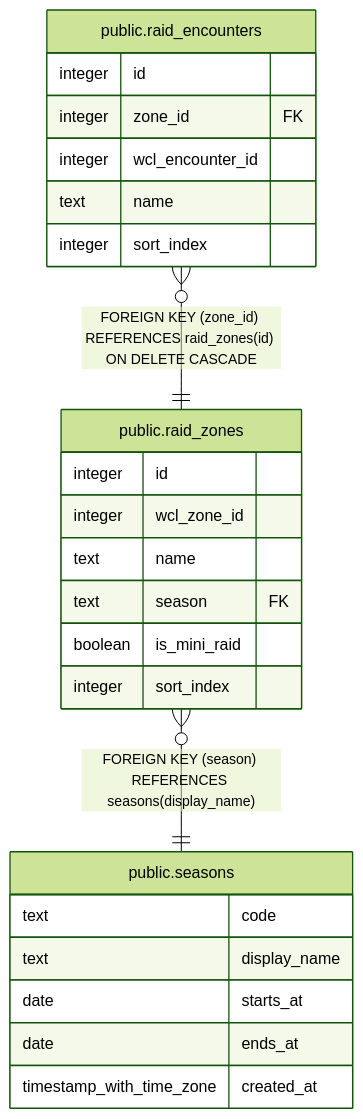
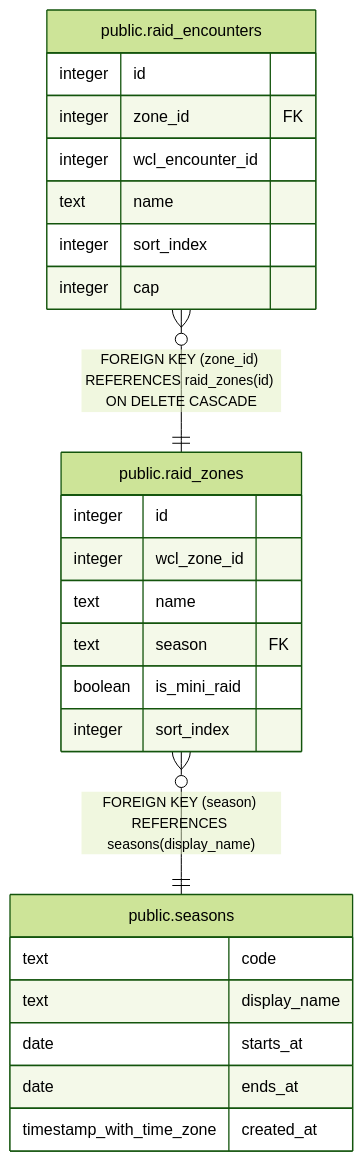
Before and after one commit to katogaming88/WGA-Raid-Hub: the diagram in dbdoc/public.raid_zones.md, drawn with Mermaid (forest theme). The commit also changed 37 other files, not shown here.

````diff
--- a/dbdoc/public.raid_zones.md
+++ b/dbdoc/public.raid_zones.md
@@ -31,29 +31,30 @@
 ```mermaid
 erDiagram
 
 "public.raid_encounters" }o--|| "public.raid_zones" : "FOREIGN KEY (zone_id) REFERENCES raid_zones(id) ON DELETE CASCADE"
 "public.raid_zones" }o--|| "public.seasons" : "FOREIGN KEY (season) REFERENCES seasons(display_name)"
 
 "public.raid_zones" {
   integer id
   integer wcl_zone_id
   text name
   text season FK
   boolean is_mini_raid
   integer sort_index
 }
 "public.raid_encounters" {
   integer id
   integer zone_id FK
   integer wcl_encounter_id
   text name
   integer sort_index
+  integer cap
 }
 "public.seasons" {
   text code
   text display_name
   date starts_at
   date ends_at
   timestamp_with_time_zone created_at
 }
 ```
````
